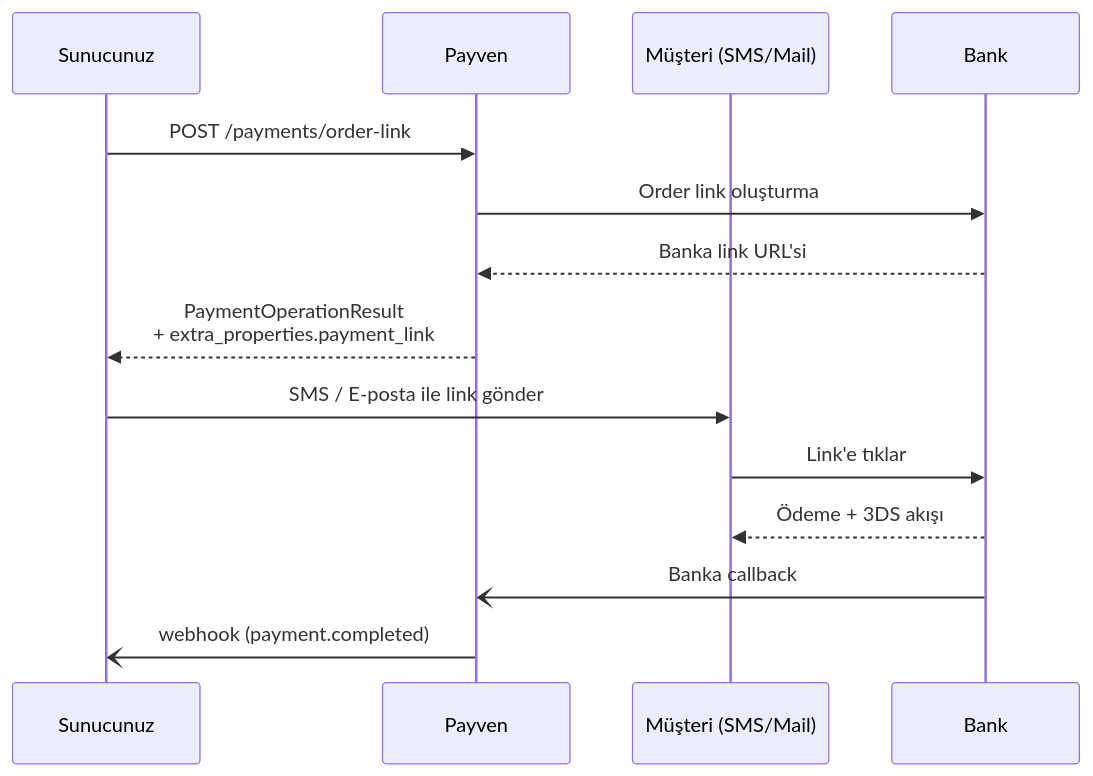
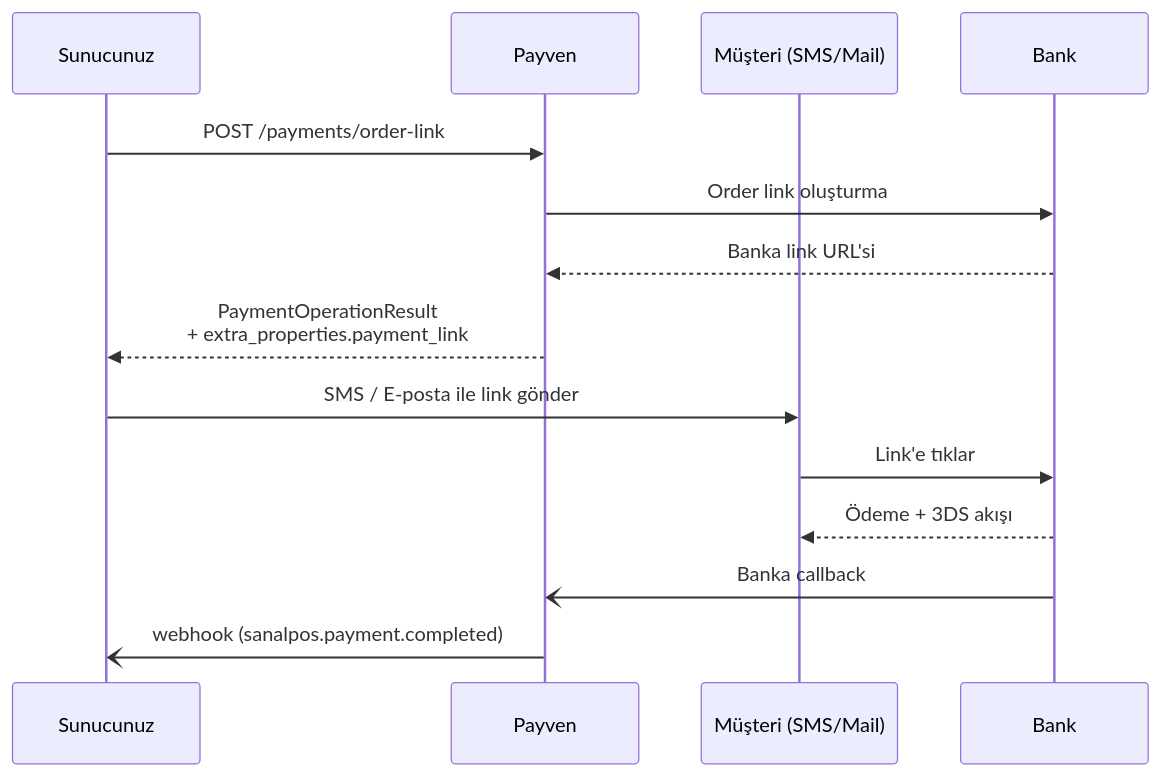
One commit to payment-pos/mintlify changed the diagram in sanal-pos/payments/pay-by-link.mdx. Above: the diagram before and after it, drawn with Mermaid. The commit also changed other lines of this file and 43 other files, not shown here.

````diff
--- a/sanal-pos/payments/pay-by-link.mdx
+++ b/sanal-pos/payments/pay-by-link.mdx
@@ -16,17 +16,17 @@
 ```mermaid
 sequenceDiagram
     participant App as Sunucunuz
     participant Payven
     participant Customer as Müşteri (SMS/Mail)
     participant Bank
 
     App->>Payven: POST /payments/order-link
     Payven->>Bank: Order link oluşturma
     Bank-->>Payven: Banka link URL'si
     Payven-->>App: PaymentOperationResult<br/>+ extra_properties.payment_link
     App->>Customer: SMS / E-posta ile link gönder
     Customer->>Bank: Link'e tıklar
     Bank-->>Customer: Ödeme + 3DS akışı
     Bank-)Payven: Banka callback
-    Payven-)App: webhook (payment.completed)
+    Payven-)App: webhook (sanalpos.payment.completed)
 ```
````
